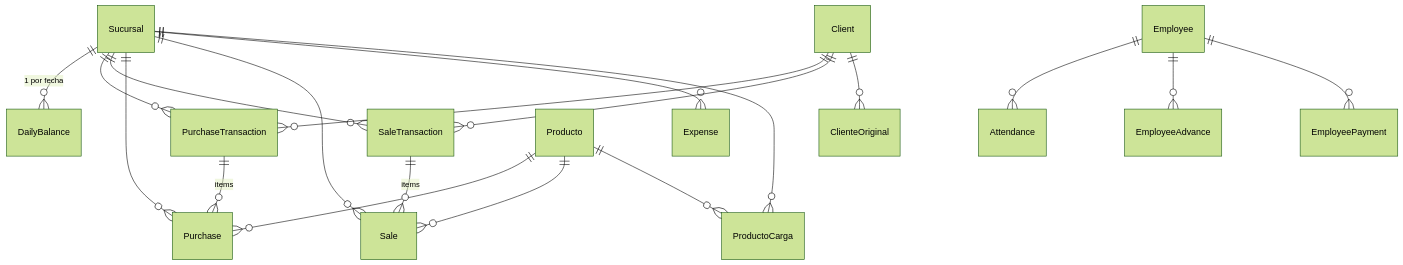
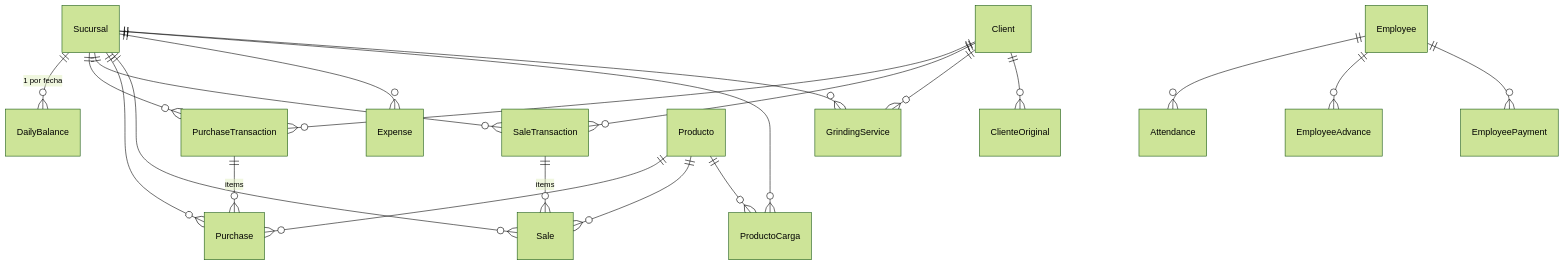
Before and after one commit to javier-rapalo23/C-Control: the second of 3 diagrams in DOCUMENTACION.md, drawn with Mermaid (forest theme). The commit also changed other lines of this file and 8 other files, not shown here.

````diff
--- a/DOCUMENTACION.md
+++ b/DOCUMENTACION.md
@@ -205,25 +209,27 @@
 ```mermaid
 erDiagram
   Sucursal ||--o{ DailyBalance : "1 por fecha"
   Sucursal ||--o{ PurchaseTransaction : ""
   Sucursal ||--o{ SaleTransaction : ""
   Sucursal ||--o{ Purchase : ""
   Sucursal ||--o{ Sale : ""
   Sucursal ||--o{ Expense : ""
   Sucursal ||--o{ ProductoCarga : ""
+  Sucursal ||--o{ GrindingService : ""
 
   Client ||--o{ PurchaseTransaction : ""
   Client ||--o{ SaleTransaction : ""
+  Client ||--o{ GrindingService : ""
   Client ||--o{ ClienteOriginal : ""
 
   Producto ||--o{ Purchase : ""
   Producto ||--o{ Sale : ""
   Producto ||--o{ ProductoCarga : ""
 
   PurchaseTransaction ||--o{ Purchase : "items"
   SaleTransaction ||--o{ Sale : "items"
 
   Employee ||--o{ Attendance : ""
   Employee ||--o{ EmployeeAdvance : ""
   Employee ||--o{ EmployeePayment : ""
 ```
````
